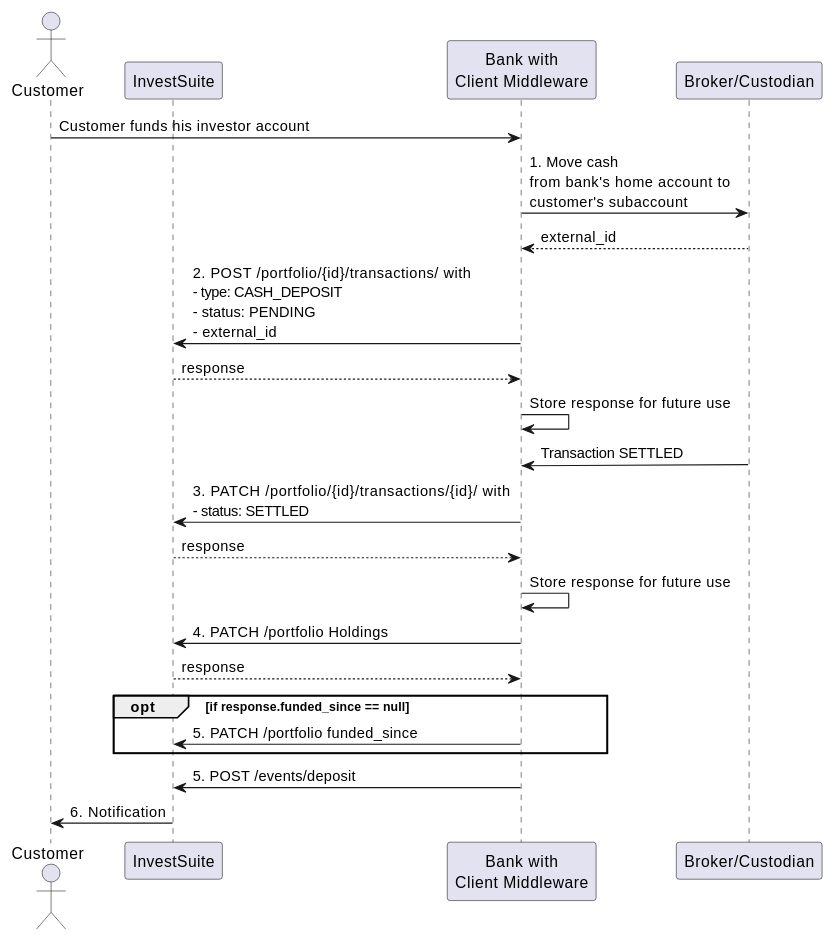
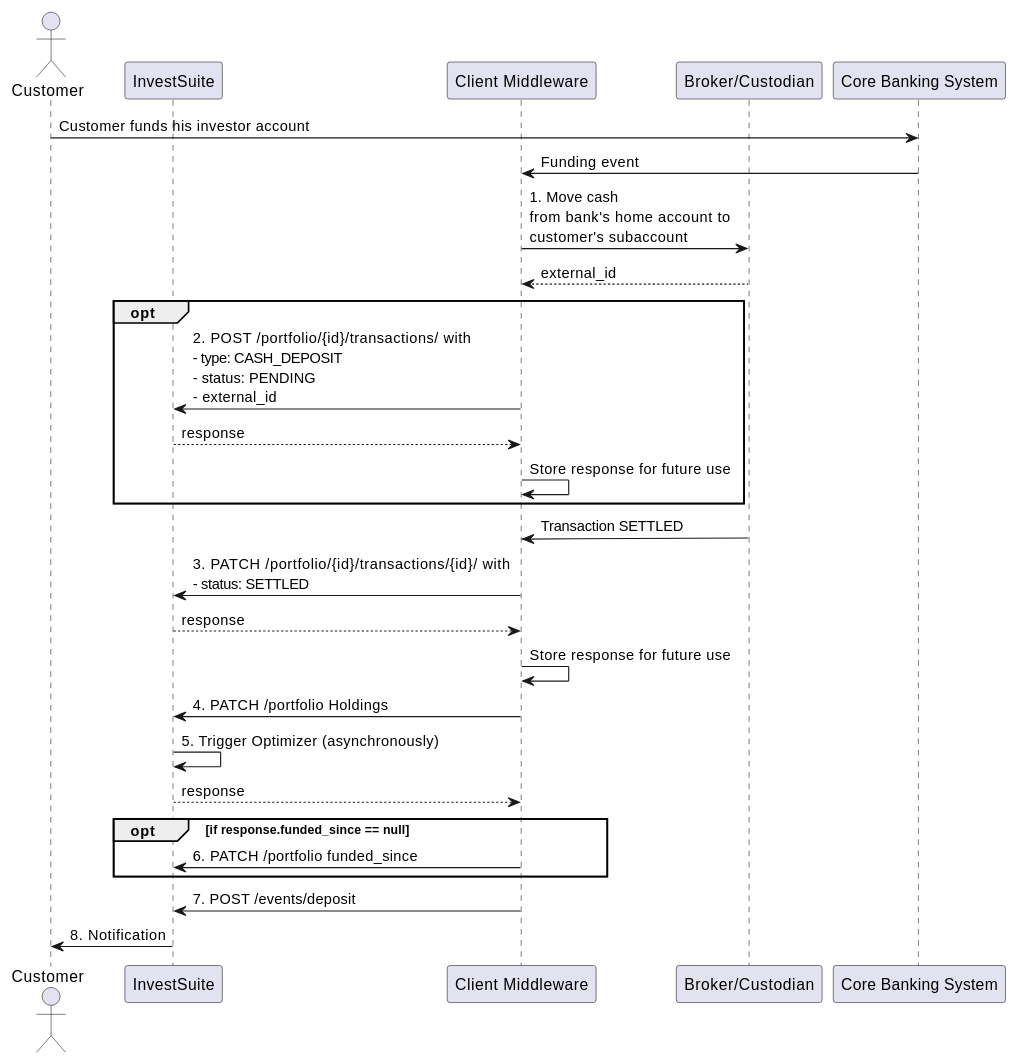
One commit to arcilli/investsuite-api-docs changed the first of 4 diagrams in docs/scenarios/cash_movements.md. Above: the diagram before and after it, drawn with PlantUML. The commit also changed other lines of this file, not shown here.

Commit message:
feat(cash_movements): HUGE refactoring on funding/withdrawal

````diff
--- a/docs/scenarios/cash_movements.md
+++ b/docs/scenarios/cash_movements.md
@@ -38,24 +48,29 @@
 ```plantuml
-    actor "Customer" as _c
+    actor "Customer" as _cus
     participant "InvestSuite" as _ivs
-    participant "Bank with\nClient Middleware" as _clt
+    participant "Client Middleware" as _cmw
     participant "Broker/Custodian" as _bc
+    participant "Core Banking System" as _cbs
         
-    _c -> _clt: Customer funds his investor account
-    _clt -> _bc:1. Move cash\nfrom bank's home account to\ncustomer's subaccount
-    _bc --> _clt: external_id
-    _clt -> _ivs:2. POST /portfolio/{id}/transactions/ with \n- type: CASH_DEPOSIT\n- status: PENDING\n- external_id
-    _ivs --> _clt: response
-    _clt -> _clt: Store response for future use
-    _bc ->(1) _clt: Transaction SETTLED
-    _clt -> _ivs:3. PATCH /portfolio/{id}/transactions/{id}/ with \n- status: SETTLED
-    _ivs --> _clt: response
-    _clt -> _clt: Store response for future use
-    _clt -> _ivs:4. PATCH /portfolio Holdings
-    _ivs -->_clt:response
+    _cus -> _cbs: Customer funds his investor account
+    _cbs -> _cmw: Funding event
+    _cmw -> _bc:1. Move cash\nfrom bank's home account to\ncustomer's subaccount
+    _bc --> _cmw: external_id
+    opt
+        _cmw -> _ivs:2. POST /portfolio/{id}/transactions/ with \n- type: CASH_DEPOSIT\n- status: PENDING\n- external_id
+        _ivs --> _cmw: response
+        _cmw -> _cmw: Store response for future use
+    end
+    _bc ->(1) _cmw: Transaction SETTLED
+    _cmw -> _ivs:3. PATCH /portfolio/{id}/transactions/{id}/ with \n- status: SETTLED
+    _ivs --> _cmw: response
+    _cmw -> _cmw: Store response for future use
+    _cmw -> _ivs: 4. PATCH /portfolio Holdings
+    _ivs -> _ivs: 5. Trigger Optimizer (asynchronously)
+    _ivs -->_cmw:response
     opt if response.funded_since == null
-    _clt -> _ivs:5. PATCH /portfolio funded_since
+    _cmw -> _ivs: 6. PATCH /portfolio funded_since
     end
-    _clt -> _ivs: 5. POST /events/deposit
-    _ivs -> _c: 6. Notification
+    _cmw -> _ivs: 7. POST /events/deposit
+    _ivs -> _cus: 8. Notification
 ```
````
